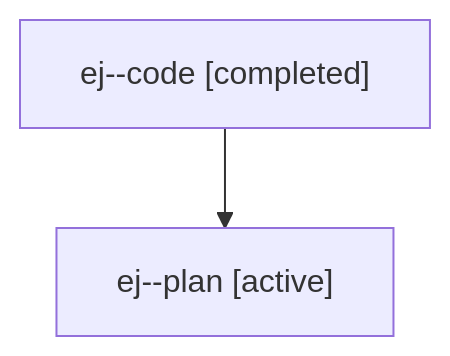
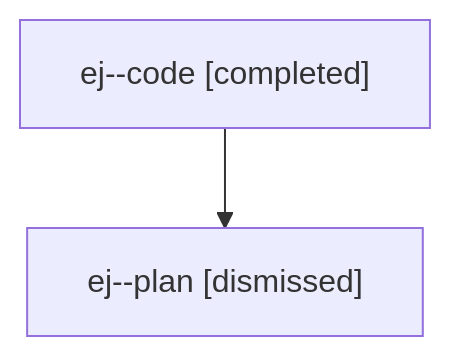
The diagram in sessions/bbugyi200.athena.ej.md (sase-org/sase--agents), drawn with Mermaid before and after one commit. The commit also changed other lines of this file and 28 other files, not shown here.

````diff
--- a/sessions/bbugyi200.athena.ej.md
+++ b/sessions/bbugyi200.athena.ej.md
@@ -9,6 +9,6 @@
 ```mermaid
 flowchart TD
   n0["ej--code [completed]"]
-  n1["ej--plan [active]"]
+  n1["ej--plan [dismissed]"]
   n0 --> n1
 ```
````
